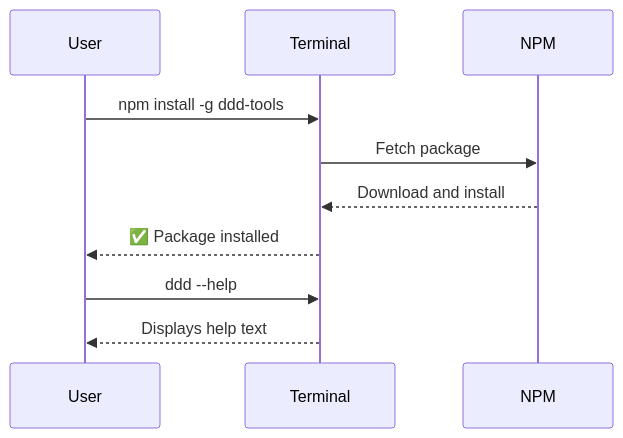
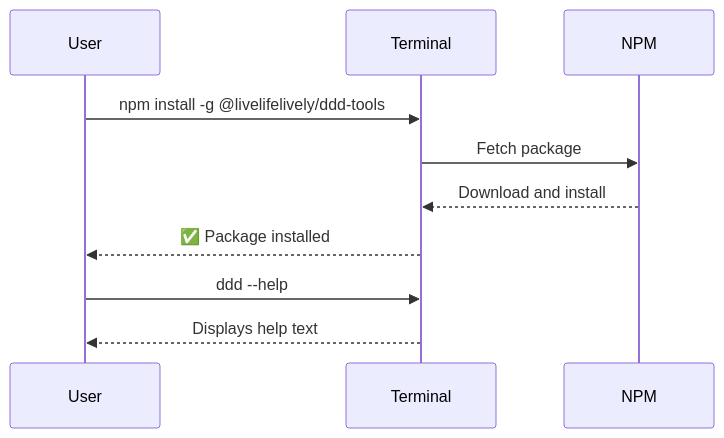
One commit to livelifelively/documentation-driven-development-tools changed the first of 7 diagrams in docs/requirements/p1.p4-npm-publication.plan.md. Above: the diagram before and after it, drawn with Mermaid. The commit also changed other lines of this file and 8 other files, not shown here.

````diff
--- a/docs/requirements/p1.p4-npm-publication.plan.md
+++ b/docs/requirements/p1.p4-npm-publication.plan.md
@@ -37,13 +37,13 @@
 ```mermaid
 sequenceDiagram
     participant User
     participant Terminal
     participant NPM
 
-    User->>Terminal: npm install -g ddd-tools
+    User->>Terminal: npm install -g @livelifelively/ddd-tools
     Terminal->>NPM: Fetch package
     NPM-->>Terminal: Download and install
     Terminal-->>User: ✅ Package installed
     User->>Terminal: ddd --help
     Terminal-->>User: Displays help text
 ```
````
